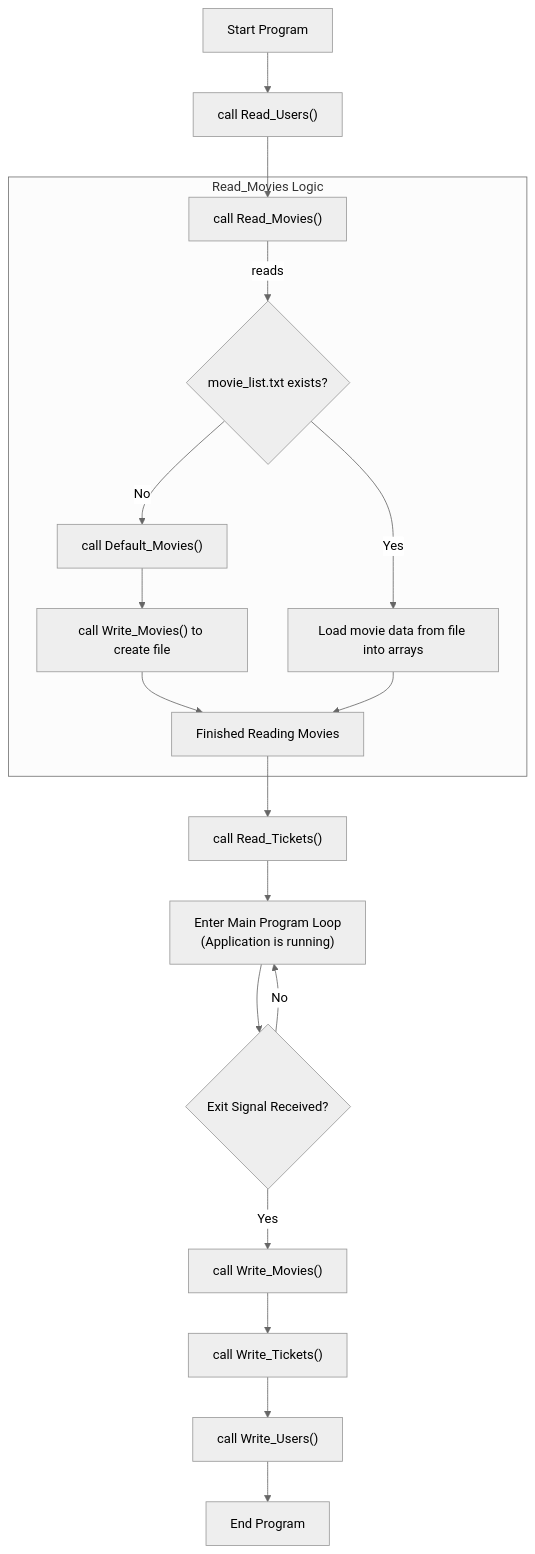
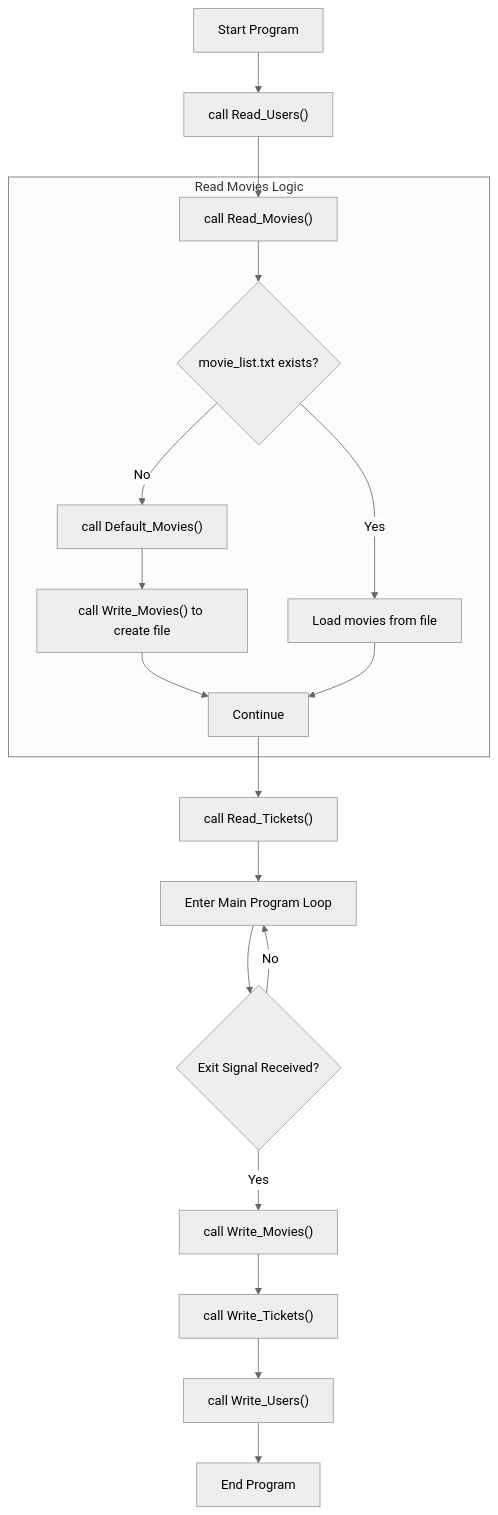
One commit to QUENJiX/test.github.io changed the fifth of 5 diagrams in README.md. Above: the diagram before and after it, drawn with Mermaid (neutral theme). The commit also changed other lines of this file, not shown here.

````diff
--- a/README.md
+++ b/README.md
@@ -517,21 +384,21 @@
 ```mermaid
 graph TD
     A["Start Program"] --> B["call Read_Users()"];
     B --> C["call Read_Movies()"];
-    subgraph "Read_Movies Logic"
-        C -- reads --> D{"movie_list.txt exists?"};
+    subgraph "Read Movies Logic"
+        C --> D{"movie_list.txt exists?"};
         D -- No --> E["call Default_Movies()"];
         E --> F["call Write_Movies() to create file"];
-        F --> H;
-        D -- Yes --> G["Load movie data from file into arrays"];
+        D -- Yes --> G["Load movies from file"];
+        F --> H["Continue"];
         G --> H;
     end
-    H["Finished Reading Movies"] --> I["call Read_Tickets()"];
-    I --> J["Enter Main Program Loop\n(Application is running)"];
-    J --> K{Exit Signal Received?};
+    H --> I["call Read_Tickets()"];
+    I --> J["Enter Main Program Loop"];
+    J --> K{"Exit Signal Received?"};
     K -- No --> J;
     K -- Yes --> L["call Write_Movies()"];
     L --> M["call Write_Tickets()"];
     M --> N["call Write_Users()"];
     N --> O["End Program"];
 ```
````
